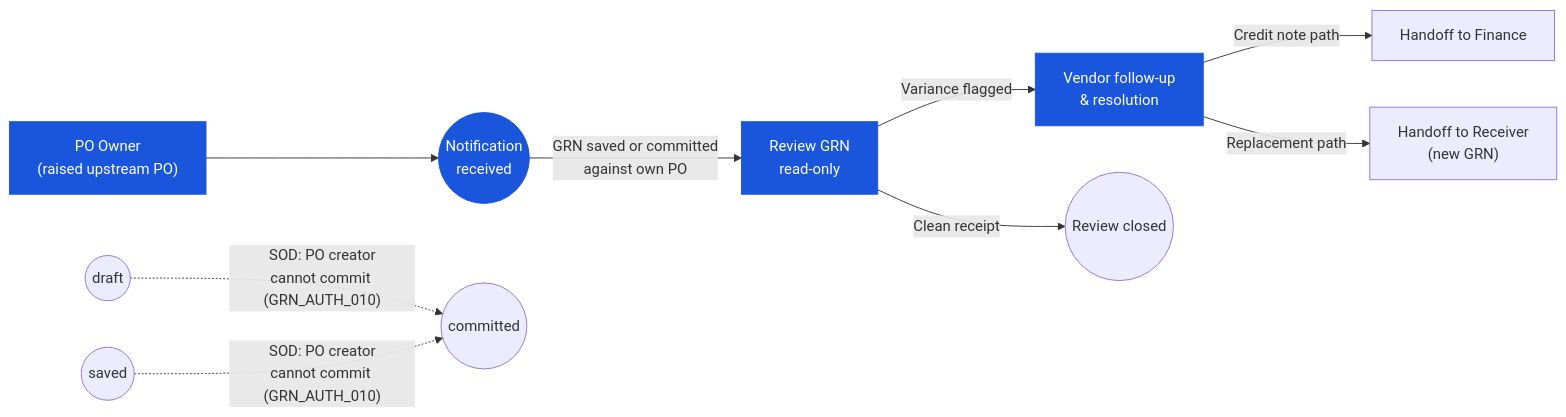
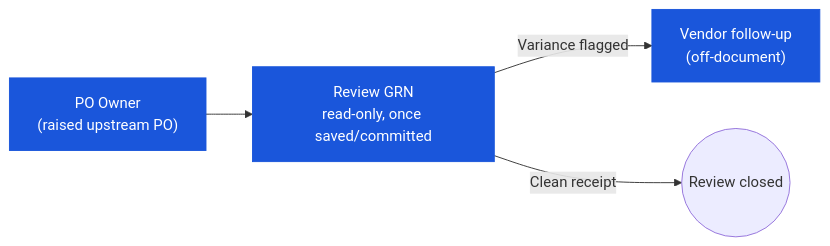
Before and after one commit to CarmenSoftware-organization/carmen-wiki: the diagram in en/inventory/good-receive-note/03-user-flow-purchaser.md, drawn with Mermaid. The commit also changed other lines of this file and 28 other files, not shown here.

First line of the commit message:
docs(resync): good-receive-note snapshot — save (not commit) is the posting event; three-way match, AP journal, batch/auto-commit, and GRN config console removed as unconfirmed

````diff
--- a/en/inventory/good-receive-note/03-user-flow-purchaser.md
+++ b/en/inventory/good-receive-note/03-user-flow-purchaser.md
@@ -23,12 +29,7 @@
 ```mermaid
 graph LR
-    poOwner["PO Owner<br/>(raised upstream PO)"]:::current --> notif(("Notification<br/>received")):::current
-    notif -->|"GRN saved or committed<br/>against own PO"| review["Review GRN<br/>read-only"]:::current
-    review -->|"Variance flagged"| resolve["Vendor follow-up<br/>& resolution"]:::current
+    poOwner["PO Owner<br/>(raised upstream PO)"]:::current --> review["Review GRN<br/>read-only, once saved/committed"]:::current
+    review -->|"Variance flagged"| resolve["Vendor follow-up<br/>(off-document)"]:::current
     review -->|"Clean receipt"| done(("Review closed"))
-    resolve -->|"Credit note path"| finance["Handoff to Finance"]
-    resolve -->|"Replacement path"| receiver["Handoff to Receiver<br/>(new GRN)"]
-    draft(("draft")) -.->|"SOD: PO creator<br/>cannot commit (GRN_AUTH_010)"| committed(("committed"))
-    saved(("saved")) -.->|"SOD: PO creator<br/>cannot commit (GRN_AUTH_010)"| committed
     classDef current fill:#1a56db,color:#fff,stroke:#1a56db;
 ```
````
